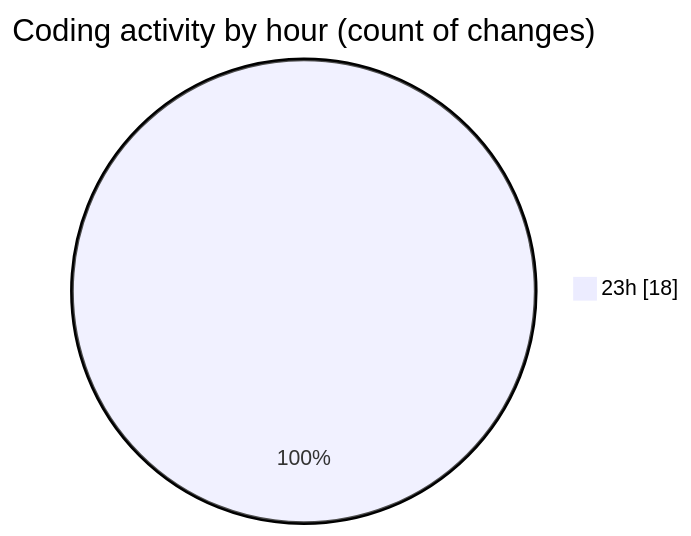
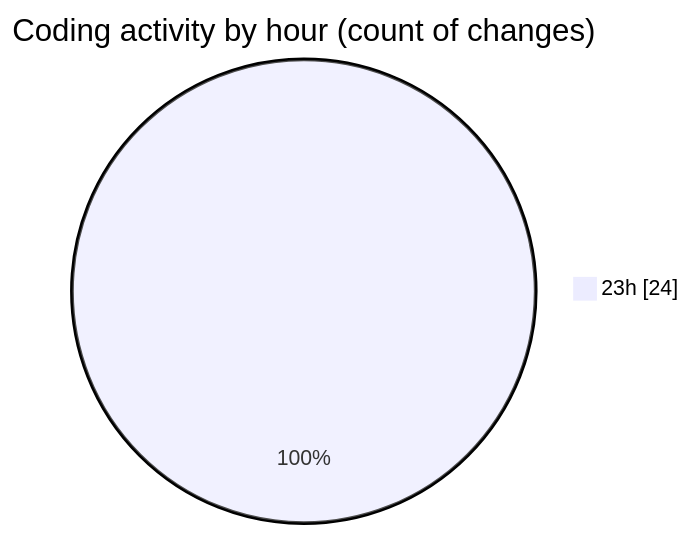
One commit to Unknowalive/code-tracking changed the second of 2 diagrams in 2026-04-20/assignment_2/README.md. Above: the diagram before and after it, drawn with Mermaid. The commit also changed other lines of this file and 1 other file, not shown here.

````diff
--- a/2026-04-20/assignment_2/README.md
+++ b/2026-04-20/assignment_2/README.md
@@ -29,5 +29,5 @@
 ```mermaid
 pie showData
 title Coding activity by hour (count of changes)
-"23h" : 18
+"23h" : 24
 ```
````
